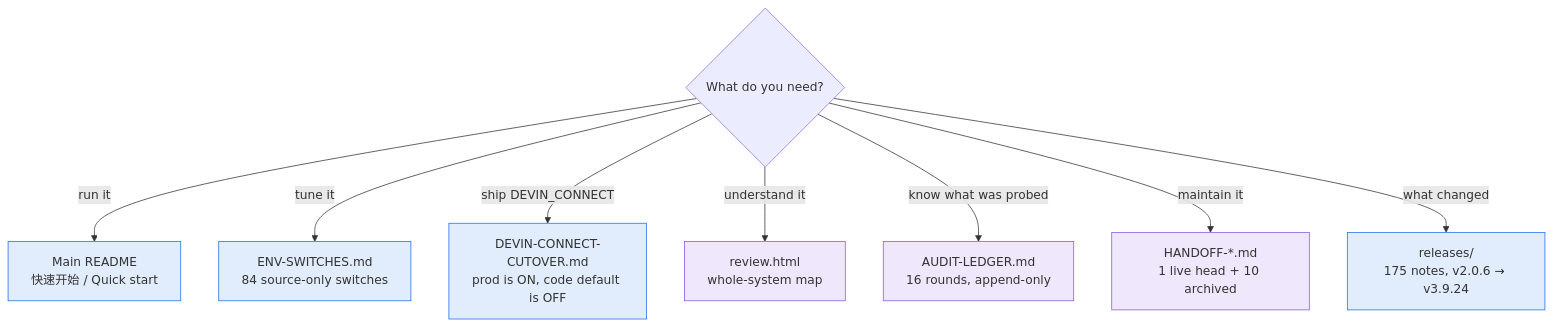
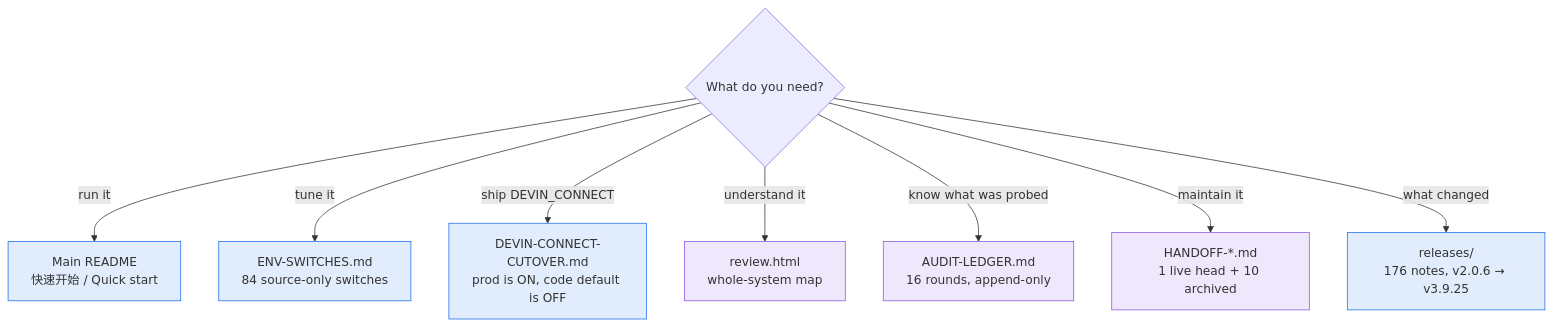
One commit to CORCTON/WindsurfAPI changed the diagram in docs/README.md. Above: the diagram before and after it, drawn with Mermaid. The commit also changed other lines of this file and 13 other files, not shown here.

````diff
--- a/docs/README.md
+++ b/docs/README.md
@@ -15,16 +15,16 @@
 ```mermaid
 flowchart TD
     Q{"What do you need?"}
     Q -->|"run it"| RUN["Main README<br/>快速开始 / Quick start"]
     Q -->|"tune it"| OPS["ENV-SWITCHES.md<br/>84 source-only switches"]
     Q -->|"ship DEVIN_CONNECT"| CUT["DEVIN-CONNECT-CUTOVER.md<br/>prod is ON, code default is OFF"]
     Q -->|"understand it"| ARCH["review.html<br/>whole-system map"]
     Q -->|"know what was probed"| LED["AUDIT-LEDGER.md<br/>16 rounds, append-only"]
     Q -->|"maintain it"| HO["HANDOFF-*.md<br/>1 live head + 10 archived"]
-    Q -->|"what changed"| REL["releases/<br/>175 notes, v2.0.6 → v3.9.24"]
+    Q -->|"what changed"| REL["releases/<br/>176 notes, v2.0.6 → v3.9.25"]
 
     classDef user fill:#1f6feb22,stroke:#1f6feb
     classDef maint fill:#8957e522,stroke:#8957e5
     class RUN,OPS,CUT,REL user
     class ARCH,LED,HO maint
 ```
````
